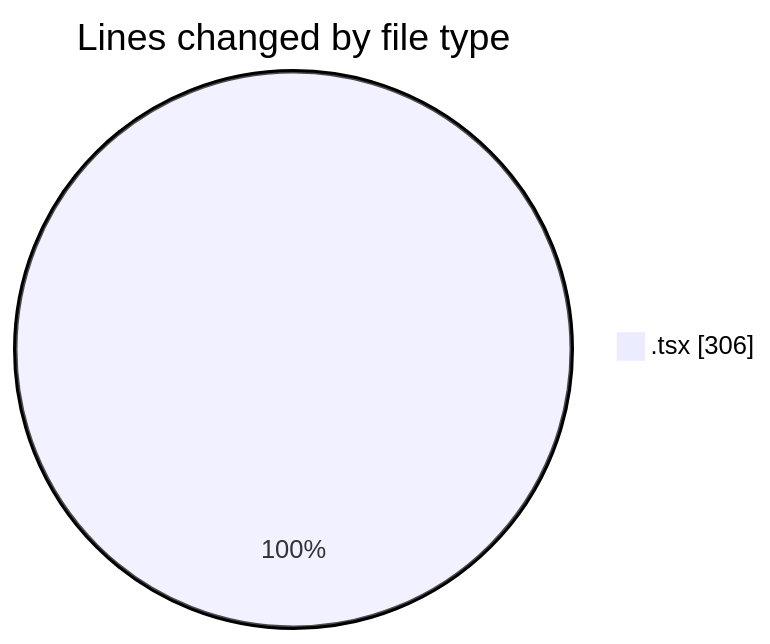
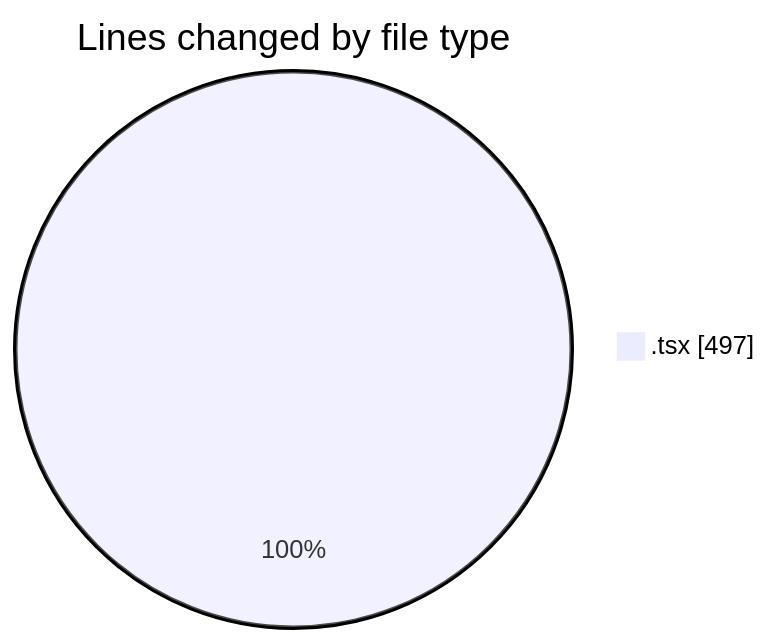
Before and after one commit to Ritupan-Deka/code-tracking: the first of 2 diagrams in 2025-10-19/scopecraft/README.md, drawn with Mermaid. The commit also changed other lines of this file and 1 other file, not shown here.

````diff
--- a/2025-10-19/scopecraft/README.md
+++ b/2025-10-19/scopecraft/README.md
@@ -23,5 +24,5 @@
 ```mermaid
 pie showData
 title Lines changed by file type
-".tsx" : 306
+".tsx" : 497
 ```
````
